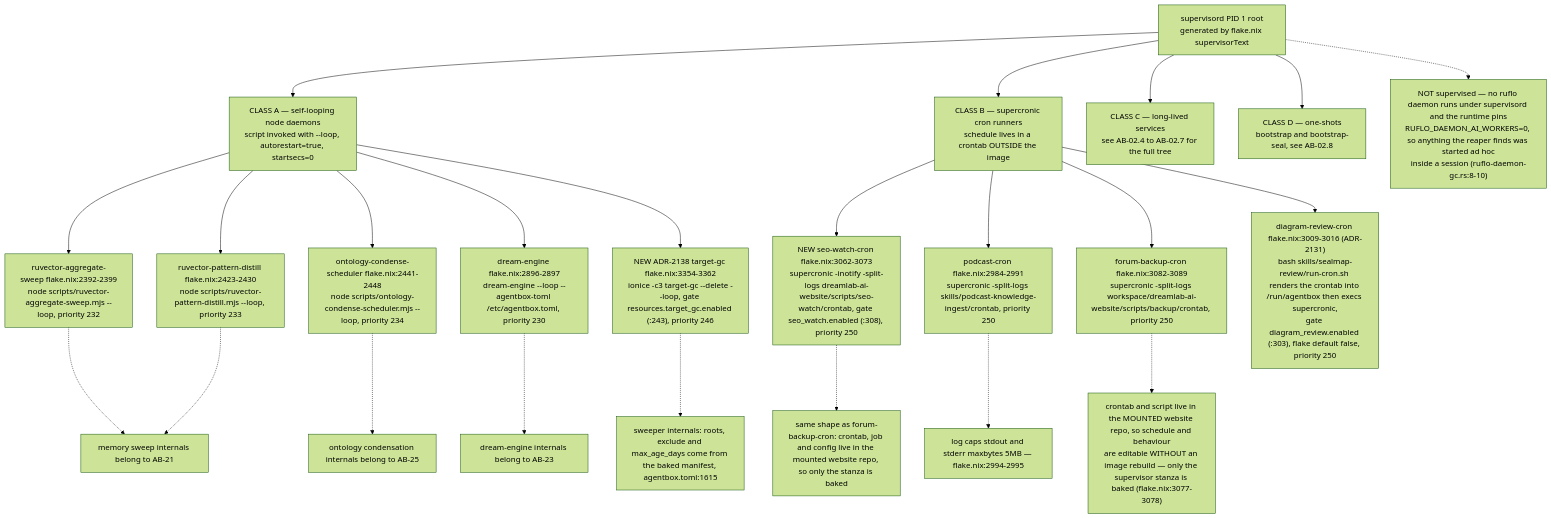
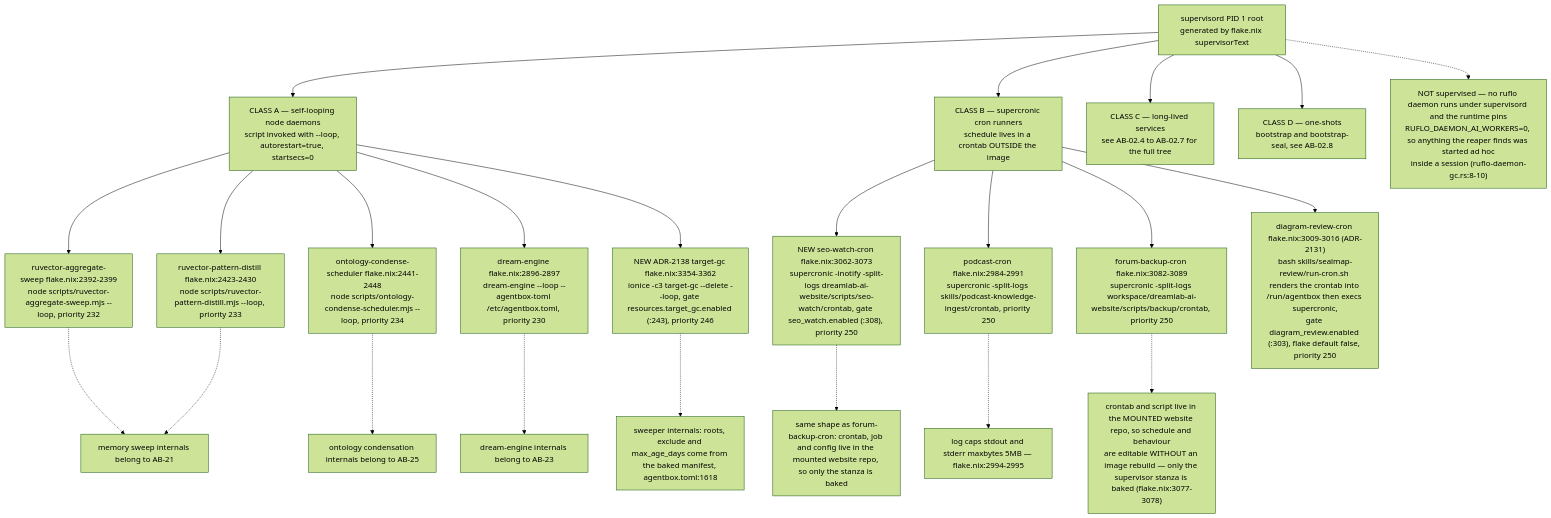
Before and after one commit to DreamLab-AI/VisionFlow: the first of 11 diagrams in docs/diagrams/agentbox/07-daemons-reapers-cron-backups.md, drawn with Mermaid (forest theme). The commit also changed other lines of this file and 142 other files, not shown here.

First line of the commit message:
docs(diagrams): one System One route; re-verify 140 topics at today's heads

````diff
--- a/docs/diagrams/agentbox/07-daemons-reapers-cron-backups.md
+++ b/docs/diagrams/agentbox/07-daemons-reapers-cron-backups.md
@@ -27,25 +27,25 @@
 ```mermaid
 flowchart TD
     SUP["supervisord PID 1 root<br/>generated by flake.nix supervisorText"] --> C1["CLASS A — self-looping node daemons<br/>script invoked with --loop, autorestart=true, startsecs=0"]
     SUP --> C2["CLASS B — supercronic cron runners<br/>schedule lives in a crontab OUTSIDE the image"]
     SUP --> C3["CLASS C — long-lived services<br/>see AB-02.4 to AB-02.7 for the full tree"]
     SUP --> C4["CLASS D — one-shots<br/>bootstrap and bootstrap-seal, see AB-02.8"]
     C1 --> A1["ruvector-aggregate-sweep flake.nix:2392-2399<br/>node scripts/ruvector-aggregate-sweep.mjs --loop, priority 232"]
     C1 --> A2["ruvector-pattern-distill flake.nix:2423-2430<br/>node scripts/ruvector-pattern-distill.mjs --loop, priority 233"]
     C1 --> A3["ontology-condense-scheduler flake.nix:2441-2448<br/>node scripts/ontology-condense-scheduler.mjs --loop, priority 234"]
     C1 --> A4["dream-engine flake.nix:2896-2897<br/>dream-engine --loop --agentbox-toml /etc/agentbox.toml, priority 230"]
     C1 --> A5["NEW ADR-2138 target-gc flake.nix:3354-3362<br/>ionice -c3 target-gc --delete --loop, gate resources.target_gc.enabled (:243), priority 246"]
     C2 --> B3["NEW seo-watch-cron flake.nix:3062-3073<br/>supercronic -inotify -split-logs dreamlab-ai-website/scripts/seo-watch/crontab, gate seo_watch.enabled (:308), priority 250"]
     C2 --> B1["podcast-cron flake.nix:2984-2991<br/>supercronic -split-logs skills/podcast-knowledge-ingest/crontab, priority 250"]
     C2 --> B2["forum-backup-cron flake.nix:3082-3089<br/>supercronic -split-logs workspace/dreamlab-ai-website/scripts/backup/crontab, priority 250"]
     C2 --> B4["diagram-review-cron flake.nix:3009-3016 (ADR-2131)<br/>bash skills/sealmap-review/run-cron.sh renders the crontab into /run/agentbox then execs supercronic,<br/>gate diagram_review.enabled (:303), flake default false, priority 250"]
     A1 -.-> M1["memory sweep internals belong to AB-21"]
     A2 -.-> M1
     A3 -.-> M2["ontology condensation internals belong to AB-25"]
     A4 -.-> M3["dream-engine internals belong to AB-23"]
-    A5 -.-> M4["sweeper internals: roots, exclude and max_age_days come from the baked manifest, agentbox.toml:1615"]
+    A5 -.-> M4["sweeper internals: roots, exclude and max_age_days come from the baked manifest, agentbox.toml:1618"]
     B3 -.-> N3["same shape as forum-backup-cron: crontab, job and config live in the mounted website repo, so only the stanza is baked"]
     B1 -.-> N1["log caps stdout and stderr maxbytes 5MB — flake.nix:2994-2995"]
     B2 -.-> N2["crontab and script live in the MOUNTED website repo, so schedule and behaviour<br/>are editable WITHOUT an image rebuild — only the supervisor stanza is baked (flake.nix:3077-3078)"]
     SUP -.-> ADHOC["NOT supervised — no ruflo daemon runs under supervisord and the runtime pins<br/>RUFLO_DAEMON_AI_WORKERS=0, so anything the reaper finds was started ad hoc<br/>inside a session (ruflo-daemon-gc.rs:8-10)"]
 ```
````
